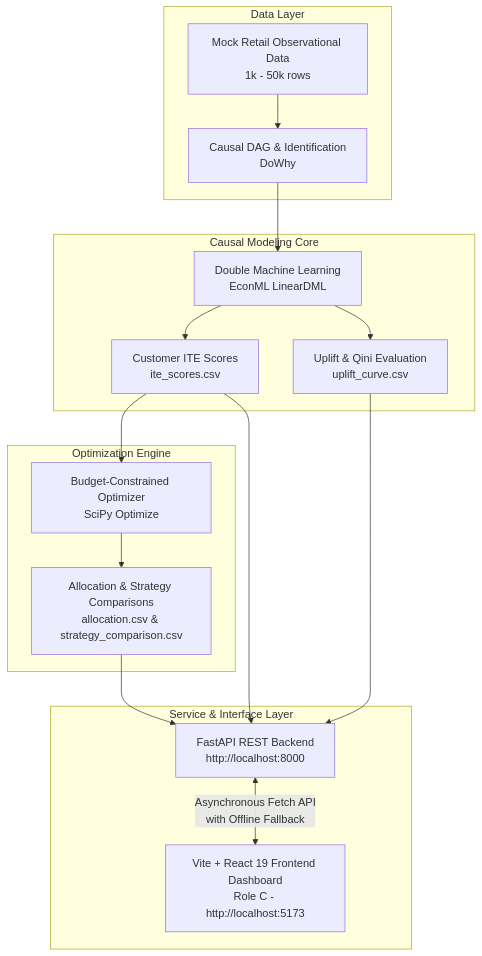
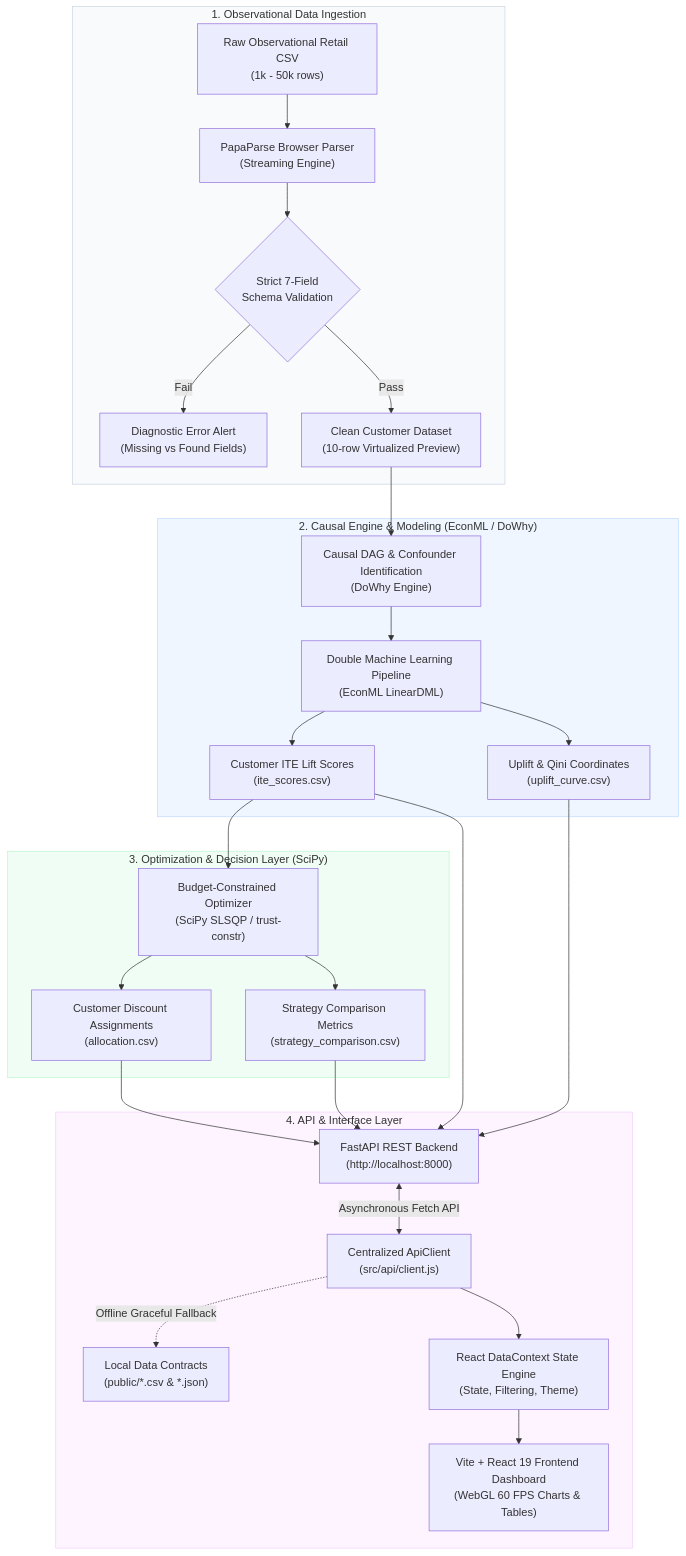
Before and after one commit to Sangu-dev/EconoCasual: the diagram in README.md, drawn with Mermaid. The commit also changed other lines of this file, not shown here.

Commit message:
docs(readme): comprehensive enhancement with causal theory, system architecture, performance benchmarks, and interface gallery

````diff
--- a/README.md
+++ b/README.md
@@ -114,22 +164,35 @@
 ```mermaid
 flowchart TD
-    subgraph Data Layer
-        A[Mock Retail Observational Data\n1k - 50k rows] --> B[Causal DAG & Identification\nDoWhy]
+    subgraph Layer1["1. Observational Data Ingestion"]
+        RawCSV["Raw Observational Retail CSV\n(1k - 50k rows)"] --> Papa["PapaParse Browser Parser\n(Streaming Engine)"]
+        Papa --> SchemaCheck{"Strict 7-Field\nSchema Validation"}
+        SchemaCheck -->|Fail| ErrBanner["Diagnostic Error Alert\n(Missing vs Found Fields)"]
+        SchemaCheck -->|Pass| ValidData["Clean Customer Dataset\n(10-row Virtualized Preview)"]
     end
 
-    subgraph Causal Modeling Core
-        B --> C[Double Machine Learning\nEconML LinearDML]
-        C --> D[Customer ITE Scores\nite_scores.csv]
-        C --> E[Uplift & Qini Evaluation\nuplift_curve.csv]
+    subgraph Layer2["2. Causal Engine & Modeling (EconML / DoWhy)"]
+        ValidData --> DAG["Causal DAG & Confounder Identification\n(DoWhy Engine)"]
+        DAG --> DML["Double Machine Learning Pipeline\n(EconML LinearDML)"]
+        DML --> ITEOut["Customer ITE Lift Scores\n(ite_scores.csv)"]
+        DML --> UpliftOut["Uplift & Qini Coordinates\n(uplift_curve.csv)"]
     end
 
-    subgraph Optimization Engine
-        D --> F[Budget-Constrained Optimizer\nSciPy Optimize]
-        F --> G[Allocation & Strategy Comparisons\nallocation.csv & strategy_comparison.csv]
+    subgraph Layer3["3. Optimization & Decision Layer (SciPy)"]
+        ITEOut --> OptEngine["Budget-Constrained Optimizer\n(SciPy SLSQP / trust-constr)"]
+        OptEngine --> AllocOut["Customer Discount Assignments\n(allocation.csv)"]
+        OptEngine --> StratOut["Strategy Comparison Metrics\n(strategy_comparison.csv)"]
     end
 
-    subgraph Service & Interface Layer
-        D & E & G --> H[FastAPI REST Backend\nhttp://localhost:8000]
-        H <-->|Asynchronous Fetch API\nwith Offline Fallback| I[Vite + React 19 Frontend Dashboard\nRole C - http://localhost:5173]
+    subgraph Layer4["4. API & Interface Layer"]
+        ITEOut & UpliftOut & AllocOut & StratOut --> FastAPI["FastAPI REST Backend\n(http://localhost:8000)"]
+        FastAPI <-->|Asynchronous Fetch API| ClientJS["Centralized ApiClient\n(src/api/client.js)"]
+        ClientJS -.->|Offline Graceful Fallback| MockCSV["Local Data Contracts\n(public/*.csv & *.json)"]
+        ClientJS --> Context["React DataContext State Engine\n(State, Filtering, Theme)"]
+        Context --> UI["Vite + React 19 Frontend Dashboard\n(WebGL 60 FPS Charts & Tables)"]
     end
+
+    style Layer1 fill:#f8fafc,stroke:#cbd5e1,stroke-width:1px
+    style Layer2 fill:#eff6ff,stroke:#bfdbfe,stroke-width:1px
+    style Layer3 fill:#f0fdf4,stroke:#bbf7d0,stroke-width:1px
+    style Layer4 fill:#fdf4ff,stroke:#f5d0fe,stroke-width:1px
 ```
````
